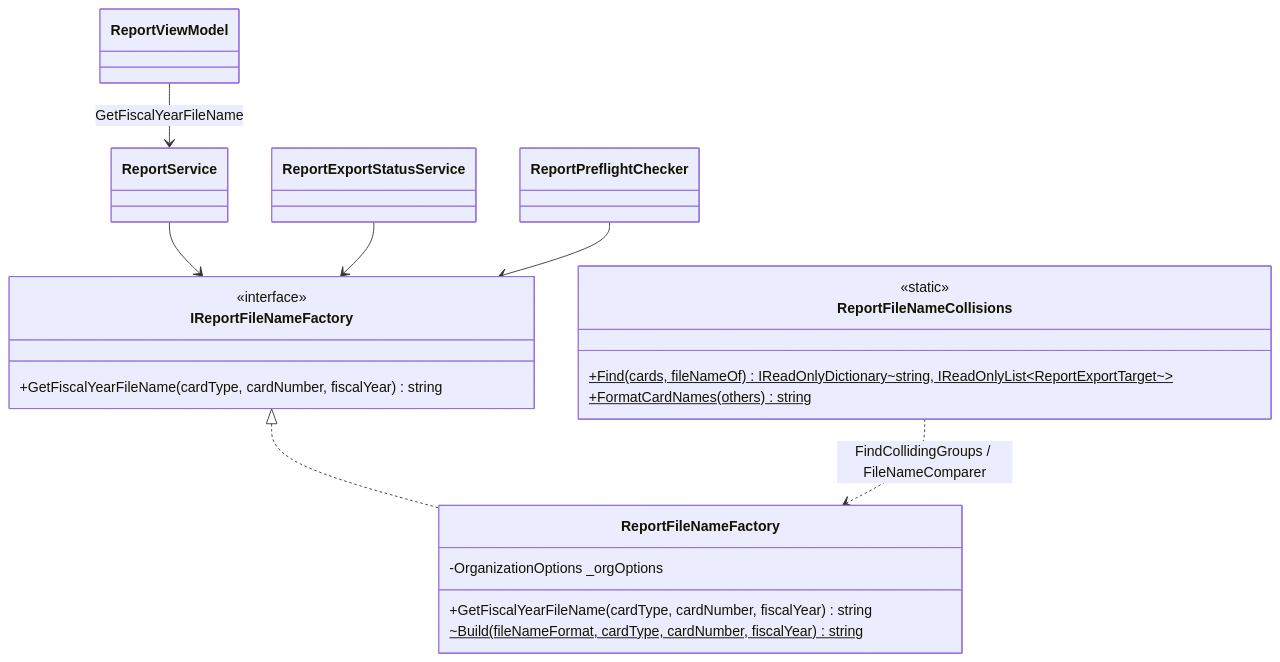
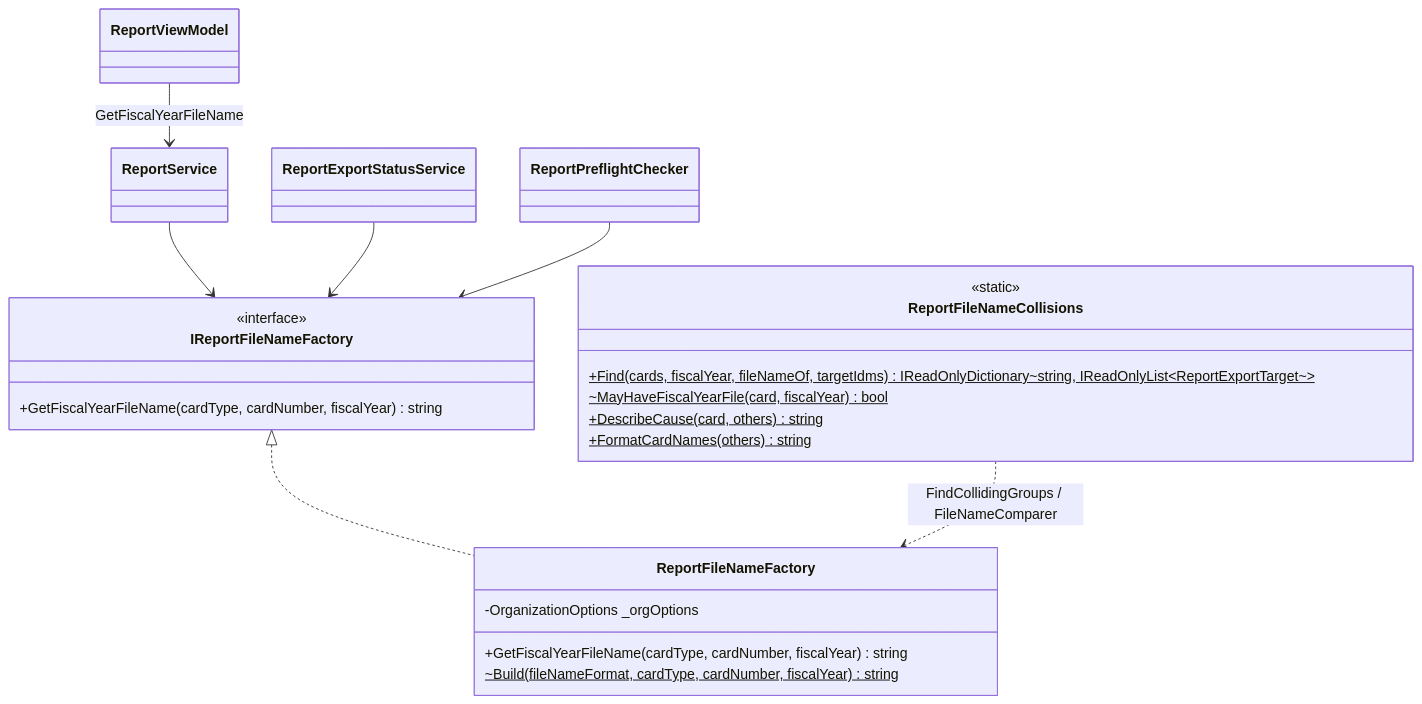
Diagram 20 of 53 in ICCardManager/docs/design/05_クラス設計書.md (kuwayamamasayuki/ICCardManager), drawn with Mermaid before and after one commit. The commit also changed other lines of this file and 21 other files, not shown here.

````diff
--- a/ICCardManager/docs/design/05_クラス設計書.md
+++ b/ICCardManager/docs/design/05_クラス設計書.md
@@ -1757,26 +1757,28 @@
 ```mermaid
 classDiagram
     class IReportFileNameFactory {
         <<interface>>
         +GetFiscalYearFileName(cardType, cardNumber, fiscalYear) string
     }
 
     class ReportFileNameFactory {
         -OrganizationOptions _orgOptions
         +GetFiscalYearFileName(cardType, cardNumber, fiscalYear) string
         ~Build(fileNameFormat, cardType, cardNumber, fiscalYear)$ string
     }
 
     IReportFileNameFactory <|.. ReportFileNameFactory
     ReportService --> IReportFileNameFactory
     ReportExportStatusService --> IReportFileNameFactory
     ReportPreflightChecker --> IReportFileNameFactory
     ReportViewModel --> ReportService : GetFiscalYearFileName
 
     class ReportFileNameCollisions {
         <<static>>
-        +Find(cards, fileNameOf)$ IReadOnlyDictionary~string, IReadOnlyList~ReportExportTarget~~
+        +Find(cards, fiscalYear, fileNameOf, targetIdms)$ IReadOnlyDictionary~string, IReadOnlyList~ReportExportTarget~~
+        ~MayHaveFiscalYearFile(card, fiscalYear)$ bool
+        +DescribeCause(card, others)$ string
         +FormatCardNames(others)$ string
     }
     ReportFileNameCollisions ..> ReportFileNameFactory : FindCollidingGroups / FileNameComparer
 ```
````
